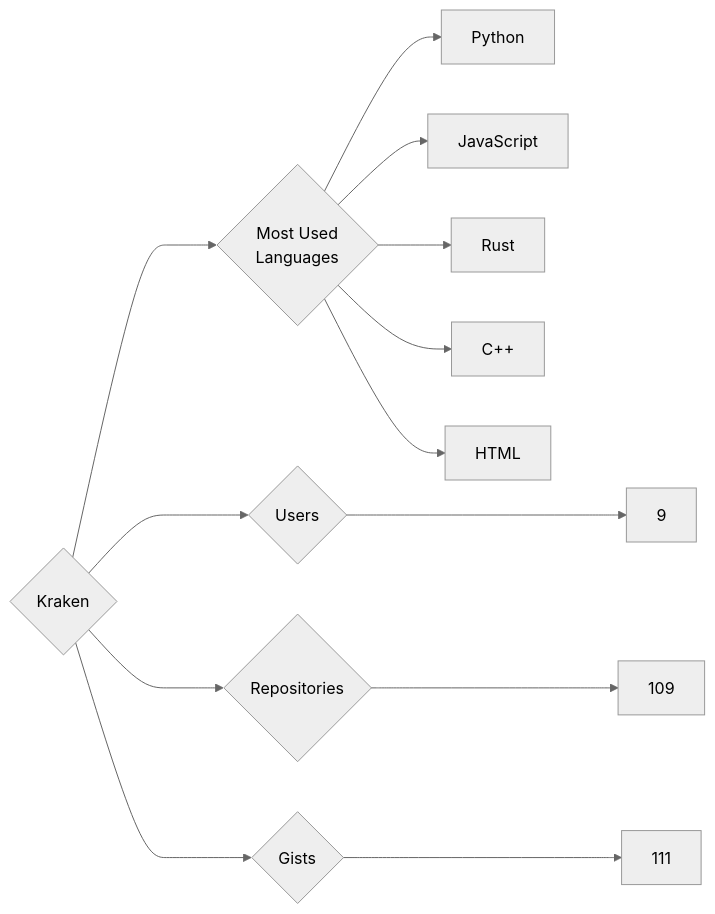
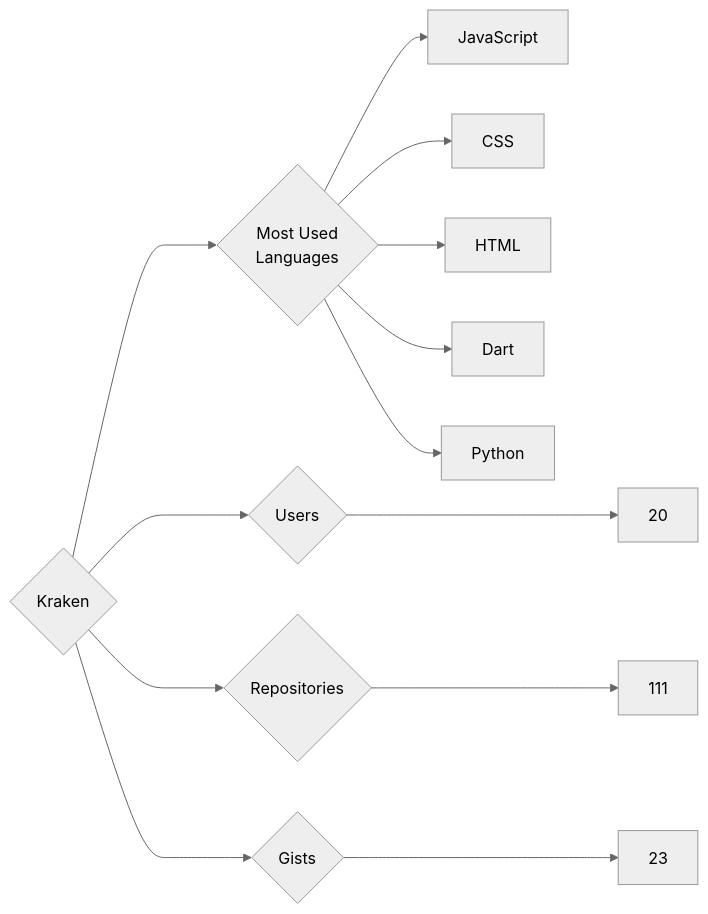
The diagram in targets/Kraken/README.md (trickest/insiders), drawn with Mermaid (neutral theme) before and after one commit. The commit also changed 924 other files, not shown here.

````diff
--- a/targets/Kraken/README.md
+++ b/targets/Kraken/README.md
@@ -3,13 +3,13 @@
 ```mermaid
 graph LR
 COMPANY_NAME{Kraken}
-COMPANY_NAME ---> U{Users} ---> UN[9]
-COMPANY_NAME ---> R{Repositories} ---> RN[109]
-COMPANY_NAME ---> G{Gists} ---> GN[111]
+COMPANY_NAME ---> U{Users} ---> UN[20]
+COMPANY_NAME ---> R{Repositories} ---> RN[111]
+COMPANY_NAME ---> G{Gists} ---> GN[23]
 COMPANY_NAME ---> ML{Most Used<br>Languages}
+ML --> JavaScript[JavaScript]
+ML --> CSS[CSS]
+ML --> HTML[HTML]
+ML --> Dart[Dart]
 ML --> Python[Python]
-ML --> JavaScript[JavaScript]
-ML --> Rust[Rust]
-ML --> C++[C++]
-ML --> HTML[HTML]
 ```
````
